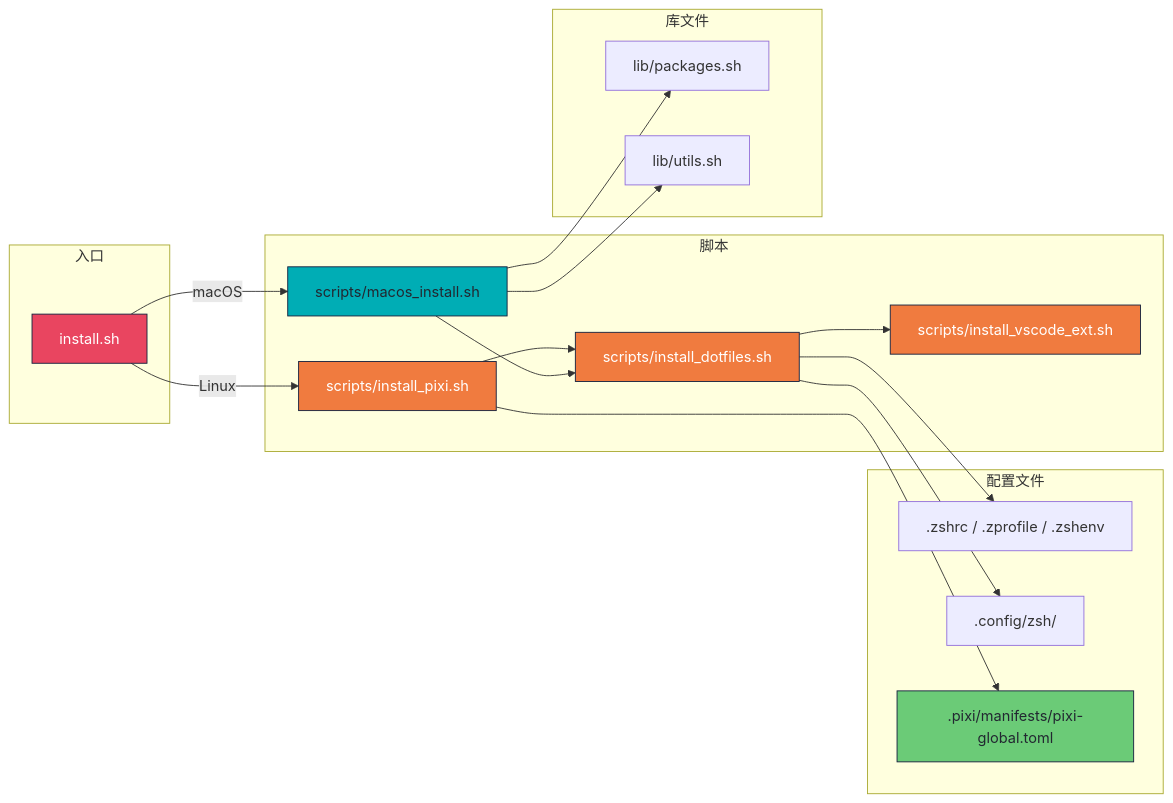
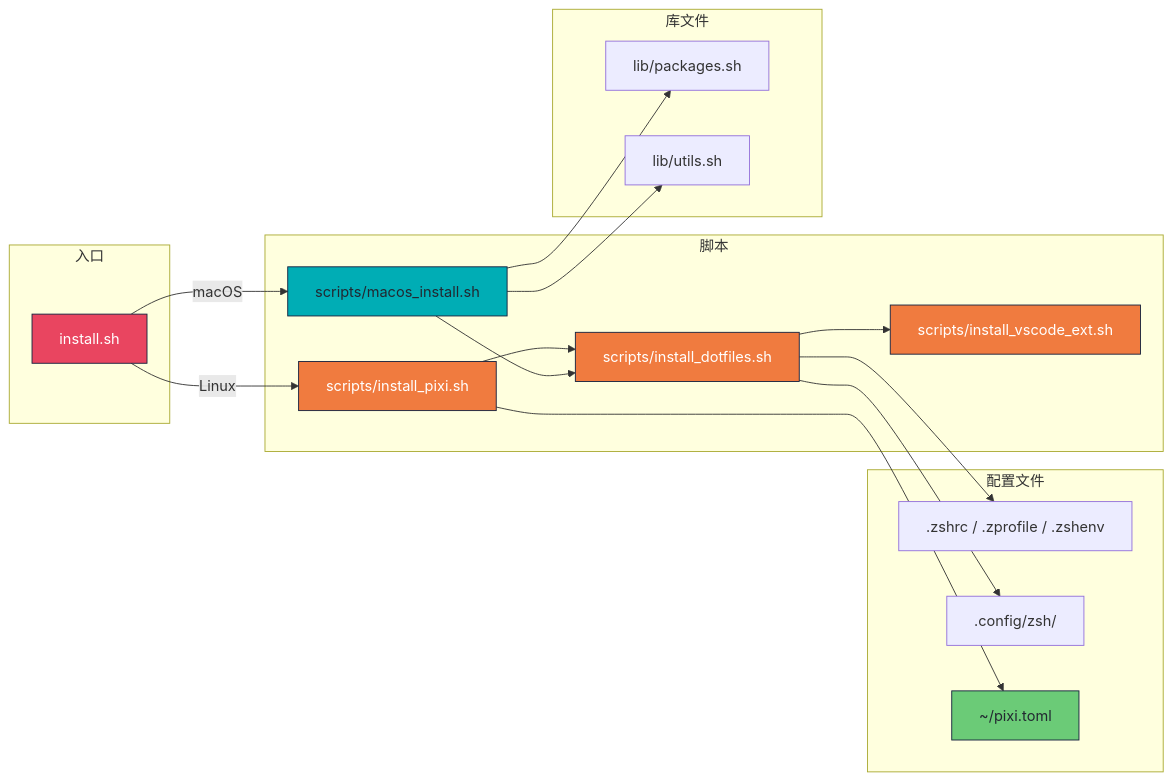
The third of 7 diagrams in docs/flowchart.md (Learner-Geek-Perfectionist/Dotfiles), drawn with Mermaid before and after one commit. The commit also changed other lines of this file and 5 other files, not shown here.

````diff
--- a/docs/flowchart.md
+++ b/docs/flowchart.md
@@ -102,40 +102,40 @@
 ```mermaid
 graph LR
     subgraph 入口
         A[install.sh]
     end
 
     subgraph 脚本
         B1[scripts/install_pixi.sh]
         B2[scripts/install_dotfiles.sh]
         B3[scripts/install_vscode_ext.sh]
         B4[scripts/macos_install.sh]
     end
 
     subgraph 库文件
         C1[lib/packages.sh]
         C2[lib/utils.sh]
     end
 
     subgraph 配置文件
         D1[.zshrc / .zprofile / .zshenv]
         D2[.config/zsh/]
-        D3[.pixi/manifests/pixi-global.toml]
+        D3[~/pixi.toml]
     end
 
     A -->|Linux| B1
     A -->|macOS| B4
     B1 --> B2
     B4 --> C1 & C2
     B4 --> B2
     B2 --> B3
     B2 --> D1 & D2
     B1 --> D3
 
     style A fill:#e94560,stroke:#16213e,color:#fff
     style B1 fill:#f07b3f,stroke:#16213e,color:#fff
     style B2 fill:#f07b3f,stroke:#16213e,color:#fff
     style B3 fill:#f07b3f,stroke:#16213e,color:#fff
     style B4 fill:#00adb5,stroke:#16213e,color:#222831
     style D3 fill:#6bcb77,stroke:#16213e,color:#222831
 ```
````
